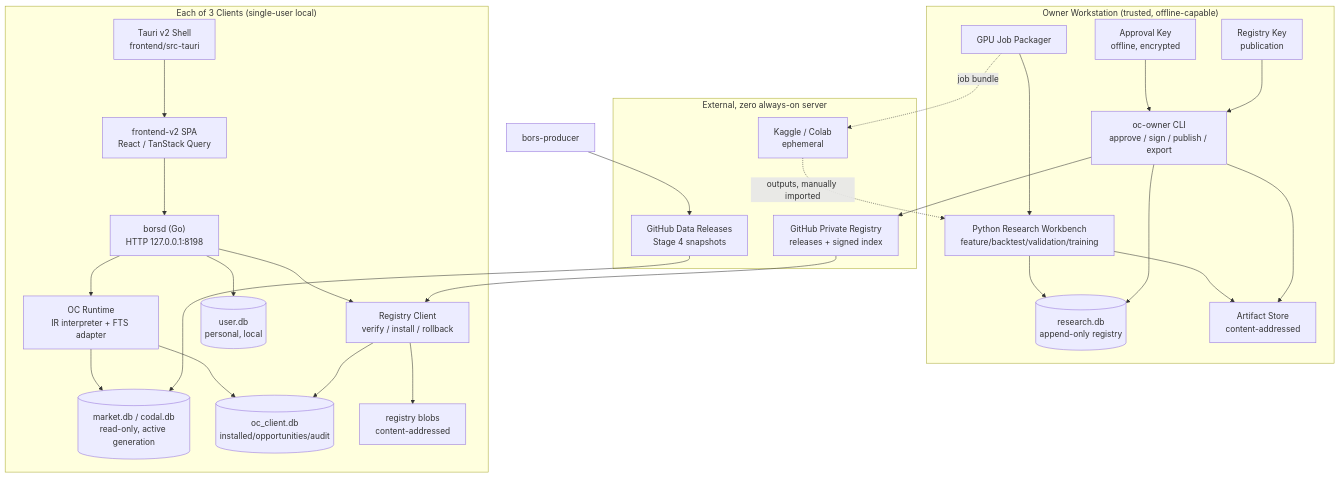
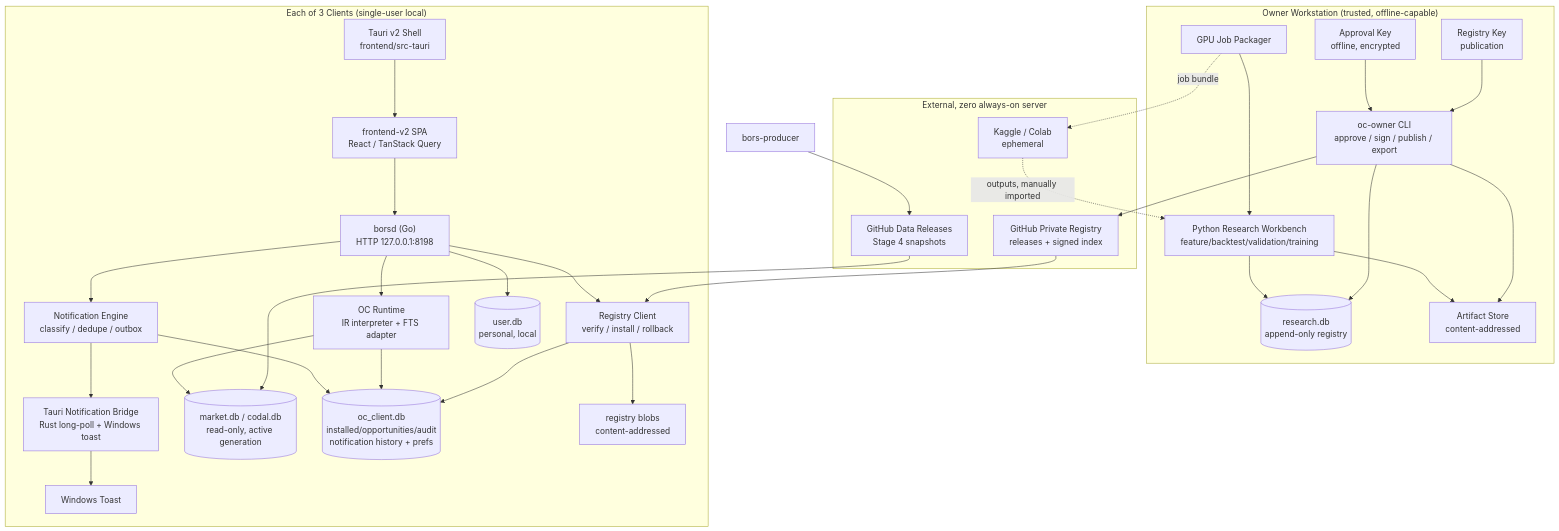
One commit to johnwarchief/BorsTerminal-src changed the second of 7 diagrams in docs/opportunity-center/04-TECHNICAL-ARCHITECTURE.md. Above: the diagram before and after it, drawn with Mermaid. The commit also changed other lines of this file and 10 other files, not shown here.

````diff
--- a/docs/opportunity-center/04-TECHNICAL-ARCHITECTURE.md
+++ b/docs/opportunity-center/04-TECHNICAL-ARCHITECTURE.md
@@ -103,53 +105,59 @@
 ```mermaid
 flowchart TB
   subgraph Owner["Owner Workstation (trusted, offline-capable)"]
     PY["Python Research Workbench<br/>feature/backtest/validation/training"]
     RDB[("research.db<br/>append-only registry")]
     ART["Artifact Store<br/>content-addressed"]
     OCLI["oc-owner CLI<br/>approve / sign / publish / export"]
     AKEY["Approval Key<br/>offline, encrypted"]
     RKEY["Registry Key<br/>publication"]
     GKEY["GPU Job Packager"]
     PY --> RDB
     PY --> ART
     OCLI --> RDB
     OCLI --> ART
     AKEY --> OCLI
     RKEY --> OCLI
     GKEY --> PY
   end
 
   subgraph External["External, zero always-on server"]
     GH["GitHub Private Registry<br/>releases + signed index"]
     GHData["GitHub Data Releases<br/>Stage 4 snapshots"]
     GPU["Kaggle / Colab<br/>ephemeral"]
   end
 
   subgraph Client["Each of 3 Clients (single-user local)"]
     SHELL["Tauri v2 Shell<br/>frontend/src-tauri"]
     UI["frontend-v2 SPA<br/>React / TanStack Query"]
     BORSD["borsd (Go)<br/>HTTP 127.0.0.1:8198"]
     OCRT["OC Runtime<br/>IR interpreter + FTS adapter"]
+    NENG["Notification Engine<br/>classify / dedupe / outbox"]
+    TBR["Tauri Notification Bridge<br/>Rust long-poll + Windows toast"]
     REGC["Registry Client<br/>verify / install / rollback"]
     MKT[("market.db / codal.db<br/>read-only, active generation")]
     UDB[("user.db<br/>personal, local")]
-    OCDB[("oc_client.db<br/>installed/opportunities/audit")]
+    OCDB[("oc_client.db<br/>installed/opportunities/audit<br/>notification history + prefs")]
     CACHE["registry blobs<br/>content-addressed"]
     SHELL --> UI
     UI --> BORSD
     BORSD --> OCRT
+    BORSD --> NENG
     BORSD --> REGC
+    NENG --> OCDB
+    NENG --> TBR
+    TBR --> NTOAST["Windows Toast"]
     OCRT --> MKT
     OCRT --> OCDB
     BORSD --> UDB
     REGC --> CACHE
     REGC --> OCDB
   end
 
   OCLI --> GH
   Producer["bors-producer"] --> GHData
   GH --> REGC
   GHData --> MKT
   GKEY -. "job bundle" .-> GPU
   GPU -. "outputs, manually imported" .-> PY
 ```
````
